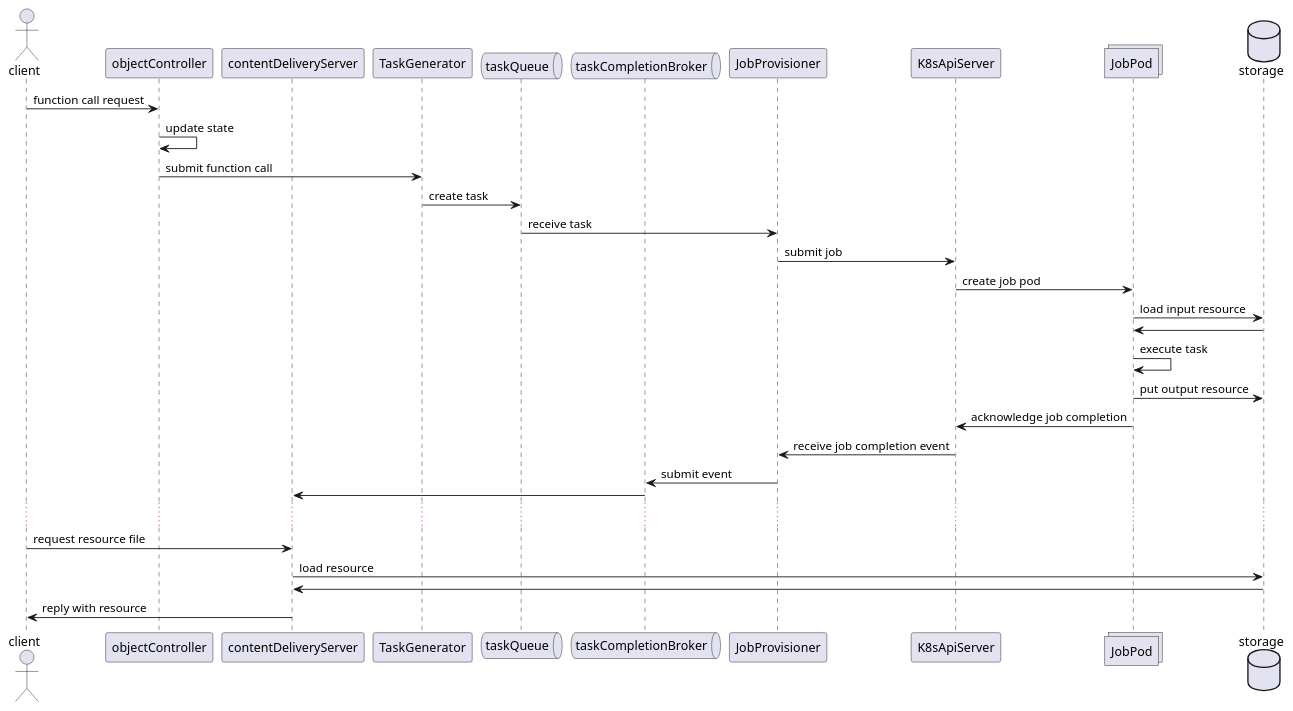
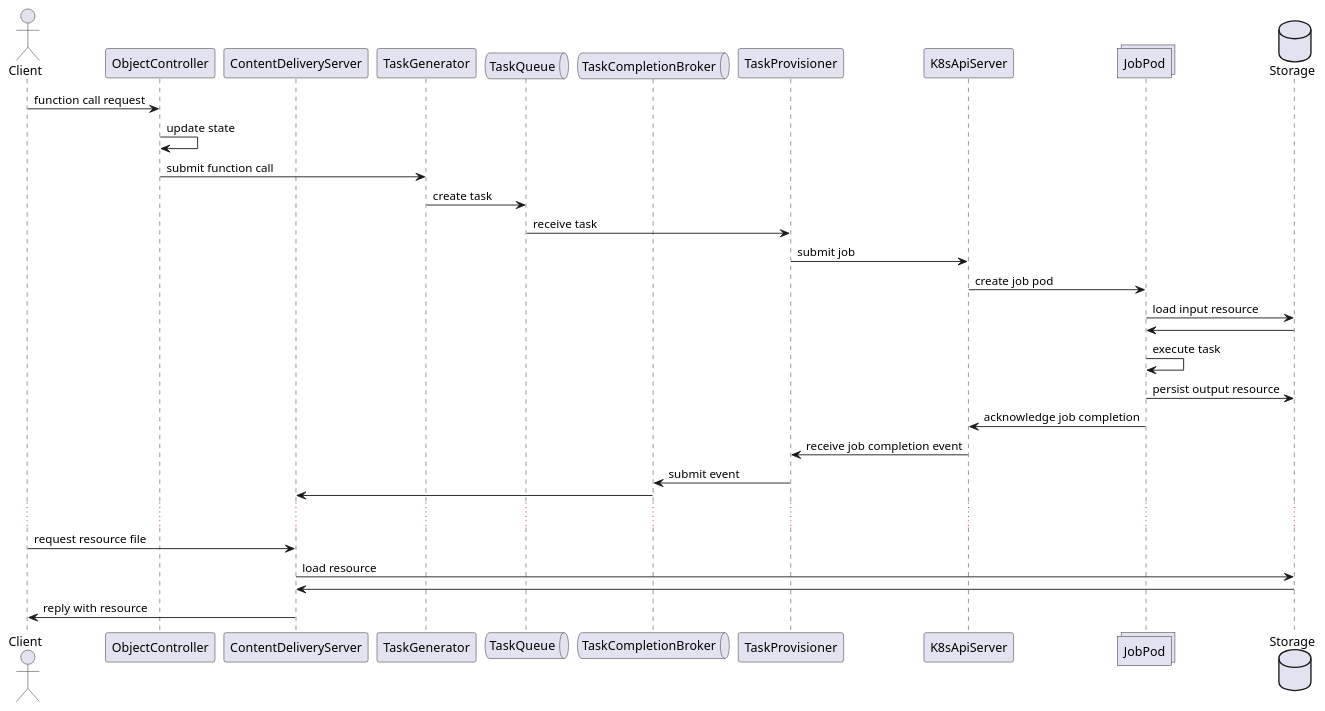
One commit to hpcclab/OaaS changed the diagram in doc/diagrams/oaas_active_flow.puml. Above: the diagram before and after it, drawn with PlantUML. The commit also changed 2 other files, not shown here.

Commit message:
Update diagram

```diff
--- a/doc/diagrams/oaas_active_flow.puml
+++ b/doc/diagrams/oaas_active_flow.puml
@@ -1,35 +1,35 @@
 @startuml
 'https://plantuml.com/sequence-diagram
 
-actor client
-participant objectController
-participant contentDeliveryServer
+actor Client
+participant ObjectController
+participant ContentDeliveryServer
 participant TaskGenerator
-queue taskQueue
-queue taskCompletionBroker
-participant JobProvisioner
+queue TaskQueue
+queue TaskCompletionBroker
+participant TaskProvisioner
 participant K8sApiServer
 collections JobPod
-database storage
+database Storage
 
-client -> objectController: function call request
-objectController -> objectController: update state
-objectController -> TaskGenerator: submit function call
-TaskGenerator -> taskQueue: create task
-taskQueue -> JobProvisioner: receive task
-JobProvisioner -> K8sApiServer: submit job
+Client -> ObjectController: function call request
+ObjectController -> ObjectController: update state
+ObjectController -> TaskGenerator: submit function call
+TaskGenerator -> TaskQueue: create task
+TaskQueue -> TaskProvisioner: receive task
+TaskProvisioner -> K8sApiServer: submit job
 K8sApiServer -> JobPod: create job pod
-JobPod -> storage: load input resource
-storage -> JobPod
+JobPod -> Storage: load input resource
+Storage -> JobPod
 JobPod -> JobPod: execute task
-JobPod -> storage: put output resource
+JobPod -> Storage: persist output resource
 JobPod -> K8sApiServer: acknowledge job completion
-K8sApiServer -> JobProvisioner: receive job completion event
-JobProvisioner -> taskCompletionBroker: submit event
-taskCompletionBroker -> contentDeliveryServer:
+K8sApiServer -> TaskProvisioner: receive job completion event
+TaskProvisioner -> TaskCompletionBroker: submit event
+TaskCompletionBroker -> ContentDeliveryServer:
 ...
-client -> contentDeliveryServer: request resource file
-contentDeliveryServer -> storage: load resource
-storage -> contentDeliveryServer:
-contentDeliveryServer -> client: reply with resource
+Client -> ContentDeliveryServer: request resource file
+ContentDeliveryServer -> Storage: load resource
+Storage -> ContentDeliveryServer:
+ContentDeliveryServer -> Client: reply with resource
 @enduml
```
